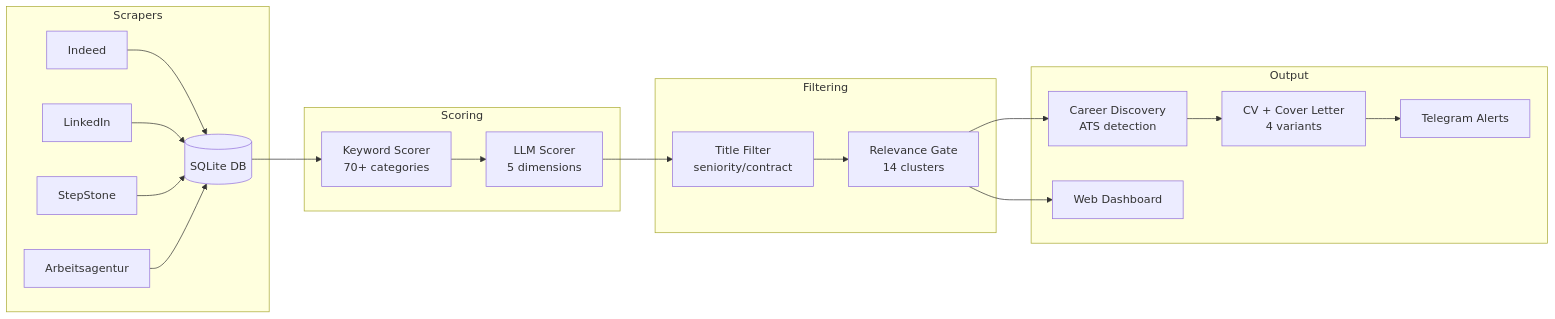
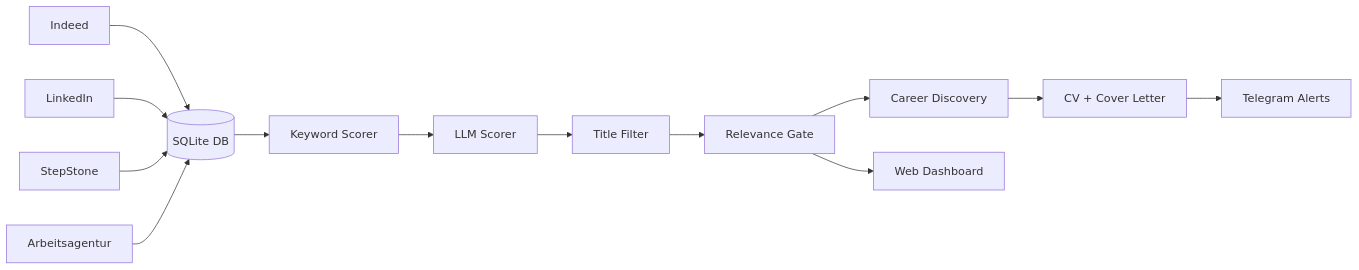
One commit to boldandigital/job-pipeline changed the diagram in README.md. Above: the diagram before and after it, drawn with Mermaid.

Commit message:
fix: simplify Mermaid diagram for GitHub compatibility

````diff
--- a/README.md
+++ b/README.md
@@ -31,26 +31,15 @@
 ```mermaid
 graph LR
-    subgraph Scrapers
-        A[Indeed] --> D[(SQLite DB)]
-        B[LinkedIn] --> D
-        C[StepStone] --> D
-        E[Arbeitsagentur] --> D
-    end
-
-    subgraph Scoring
-        D --> F["Keyword Scorer\n70+ categories"]
-        F --> G["LLM Scorer\n5 dimensions"]
-    end
-
-    subgraph Filtering
-        G --> H["Title Filter\nseniority/contract"]
-        H --> I["Relevance Gate\n14 clusters"]
-    end
-
-    subgraph Output
-        I --> J["Career Discovery\nATS detection"]
-        J --> K["CV + Cover Letter\n4 variants"]
-        K --> L[Telegram Alerts]
-        I --> M[Web Dashboard]
-    end
+    A[Indeed] --> D[(SQLite DB)]
+    B[LinkedIn] --> D
+    C[StepStone] --> D
+    E[Arbeitsagentur] --> D
+    D --> F[Keyword Scorer]
+    F --> G[LLM Scorer]
+    G --> H[Title Filter]
+    H --> I[Relevance Gate]
+    I --> J[Career Discovery]
+    J --> K[CV + Cover Letter]
+    K --> L[Telegram Alerts]
+    I --> M[Web Dashboard]
 ```
````
